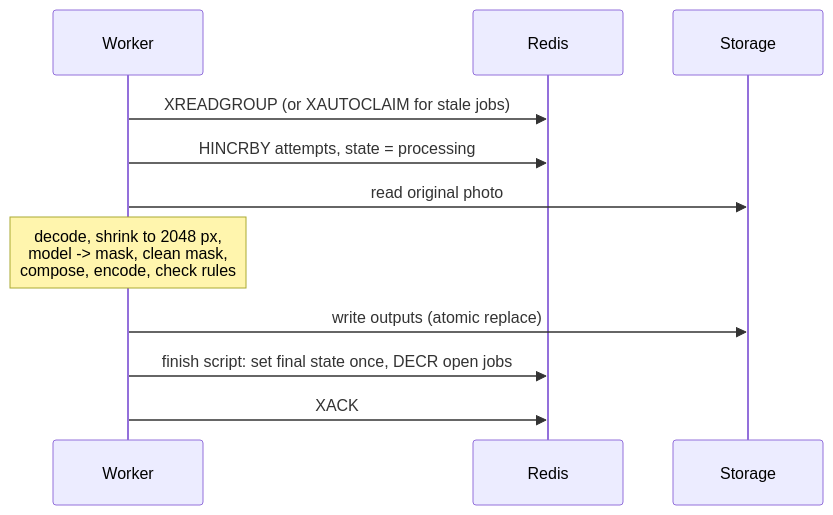
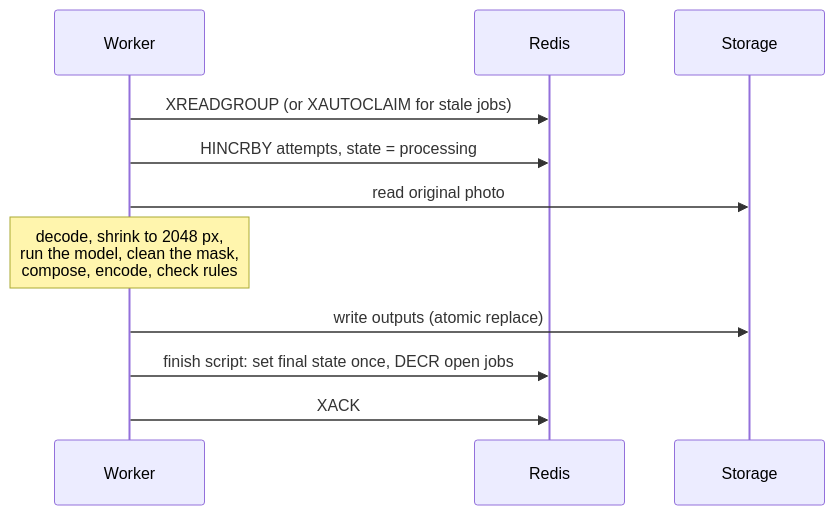
Before and after one commit to eswar1207/snaplist: the second of 2 diagrams in DESIGN.md, drawn with Mermaid. The commit also changed other lines of this file and 15 other files, not shown here.

````diff
--- a/DESIGN.md
+++ b/DESIGN.md
@@ -90,13 +90,13 @@
 ```mermaid
 sequenceDiagram
     participant W as Worker
     participant R as Redis
     participant S as Storage
     W->>R: XREADGROUP (or XAUTOCLAIM for stale jobs)
     W->>R: HINCRBY attempts, state = processing
     W->>S: read original photo
-    Note over W: decode, shrink to 2048 px,<br/>model -> mask, clean mask,<br/>compose, encode, check rules
+    Note over W: decode, shrink to 2048 px,<br/>run the model, clean the mask,<br/>compose, encode, check rules
     W->>S: write outputs (atomic replace)
     W->>R: finish script: set final state once, DECR open jobs
     W->>R: XACK
 ```
````
